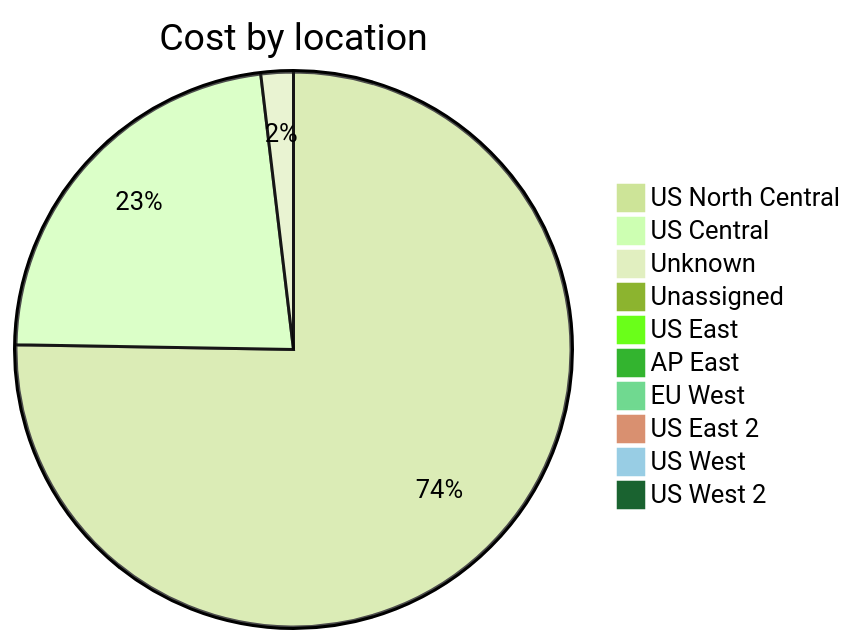
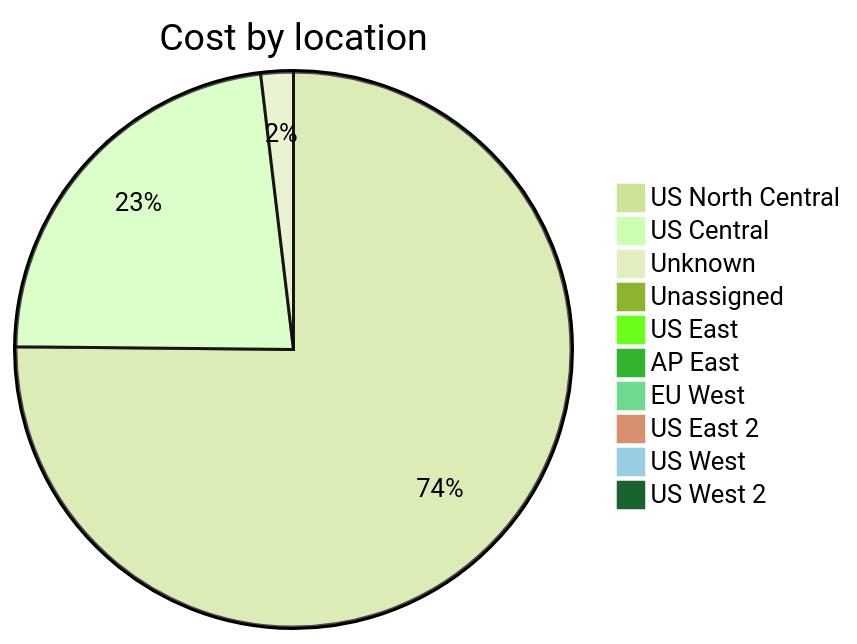
The third of 4 diagrams in cost-reports/accumulated-cost.md (jpfulton/azure-personal-reports), drawn with Mermaid (forest theme) before and after one commit. The commit also changed other lines of this file and 4 other files, not shown here.

````diff
--- a/cost-reports/accumulated-cost.md
+++ b/cost-reports/accumulated-cost.md
@@ -130,14 +130,14 @@
 ```mermaid
 pie
    title Cost by location
-   "US North Central" : 52.68
-   "US Central" : 15.99
-   "Unknown" : 1.32
-   "Unassigned" : 0.58
-   "US East" : 0.28
+   "US North Central" : 54.05
+   "US Central" : 16.51
+   "Unknown" : 1.36
+   "Unassigned" : 0.59
+   "US East" : 0.29
    "AP East" : 0.00
    "EU West" : 0.00
    "US East 2" : 0.00
    "US West" : 0.00
    "US West 2" : 0.00
 ```
````
